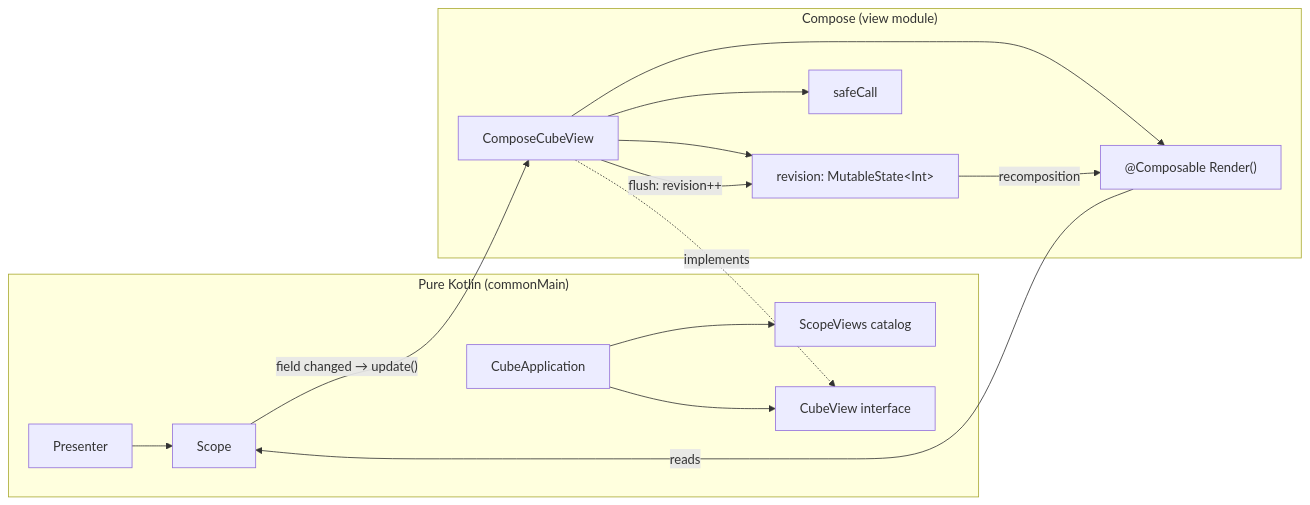
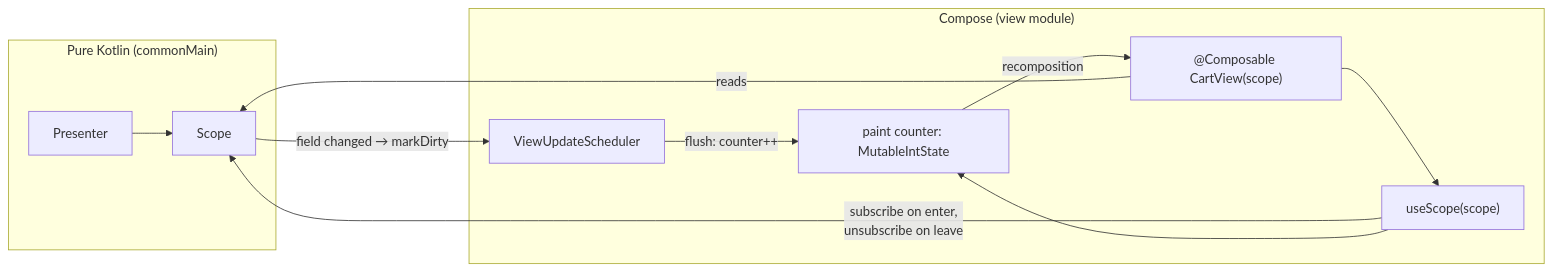
The first of 9 diagrams in docs/architecture-cube-compose.md (mrcdom/wdc-cube-kotlin), drawn with Mermaid before and after one commit. The commit also changed other lines of this file and 9 other files, not shown here.

Commit message:
docs: views as functions of the scope, and the layer's registry

````diff
--- a/docs/architecture-cube-compose.md
+++ b/docs/architecture-cube-compose.md
@@ -34,20 +36,17 @@
 ```mermaid
 graph LR
     subgraph "Pure Kotlin (commonMain)"
         P[Presenter] --> S[Scope]
-        APP[CubeApplication] --> SV[ScopeViews catalog]
-        APP --> CV[CubeView interface]
     end
 
     subgraph "Compose (view module)"
-        CCV[ComposeCubeView] -.->|implements| CV
-        CCV --> REV["revision: MutableState&lt;Int&gt;"]
-        CCV --> SC[safeCall]
-        CCV --> RND["@Composable Render()"]
+        V["@Composable CartView(scope)"] --> US["useScope(scope)"]
+        US -->|"subscribe on enter,<br/>unsubscribe on leave"| S
+        US --> PC["paint counter: MutableIntState"]
+        SCH[ViewUpdateScheduler] -->|"flush: counter++"| PC
+        PC -->|recomposition| V
+        V -->|reads| S
     end
 
-    S -->|"field changed → update()"| CCV
-    CCV -->|"flush: revision++"| REV
-    REV -->|"recomposition"| RND
-    RND -->|"reads"| S
+    S -->|"field changed → markDirty"| SCH
 ```
````
